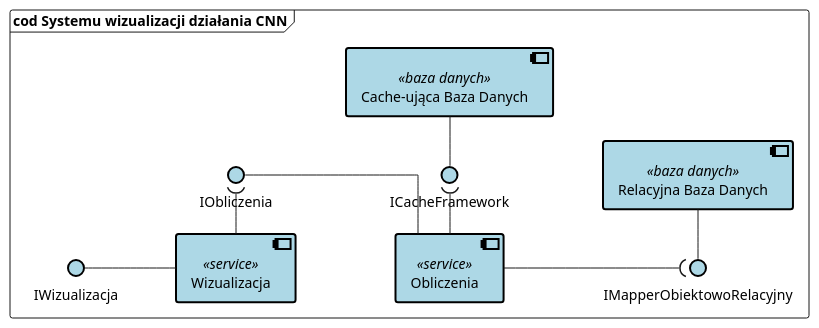
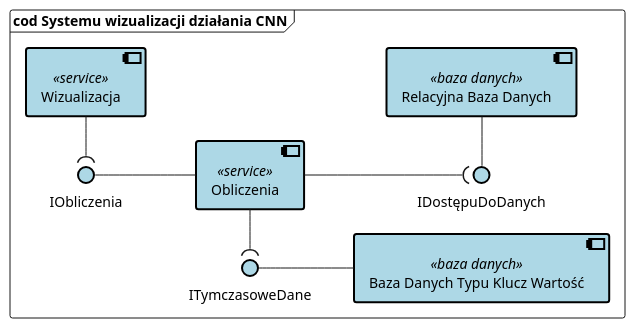
The diagram in documentation/diagrams/components.puml (ForNeus57/Vimi), drawn with PlantUML before and after one commit. The commit also changed 14 other files, not shown here.

Commit message:
Updated diagrams for diploma thesis

```diff
--- a/documentation/diagrams/components.puml
+++ b/documentation/diagrams/components.puml
@@ -1,33 +1,31 @@
 @startuml
 
 skinparam frame {
   padding 56000
 }
 frame DiagramFrame as "cod Systemu wizualizacji działania CNN" {
 
   skinparam linetype ortho
   skinparam nodesep 50
   skinparam ranksep 50
   left to right direction
 
   component "Wizualizacja" <<service>> as w #lightblue;line:black;line.bold;text:black
   component "Obliczenia" <<service>> as o #lightblue;line:black;line.bold;text:black
   component "Relacyjna Baza Danych" <<baza danych>> as p #lightblue;line:black;line.bold;text:black
-  component "Cache-ująca Baza Danych" <<baza danych>> as r #lightblue;line:black;line.bold;text:black
+  component "Baza Danych Typu Klucz Wartość" <<baza danych>> as r #lightblue;line:black;line.bold;text:black
 
-  interface IMapperObiektowoRelacyjny as ip #lightblue;line:black;line.bold;text:black
-  interface ICacheFramework as ir #lightblue;line:black;line.bold;text:black
+  interface IDostępuDoDanych as ip #lightblue;line:black;line.bold;text:black
+  interface ITymczasoweDane as ir #lightblue;line:black;line.bold;text:black
   interface IObliczenia as io #lightblue;line:black;line.bold;text:black
-  interface IWizualizacja as iw #lightblue;line:black;line.bold;text:black
 
-  iw -- w
-  w -( io
+  w -left( io
   io -- o
   o --( ip
-  o -( ir
+  o -left( ir
 
   ip - p
-  ir - r
+  ir -- r
 }
 
 @enduml
```
